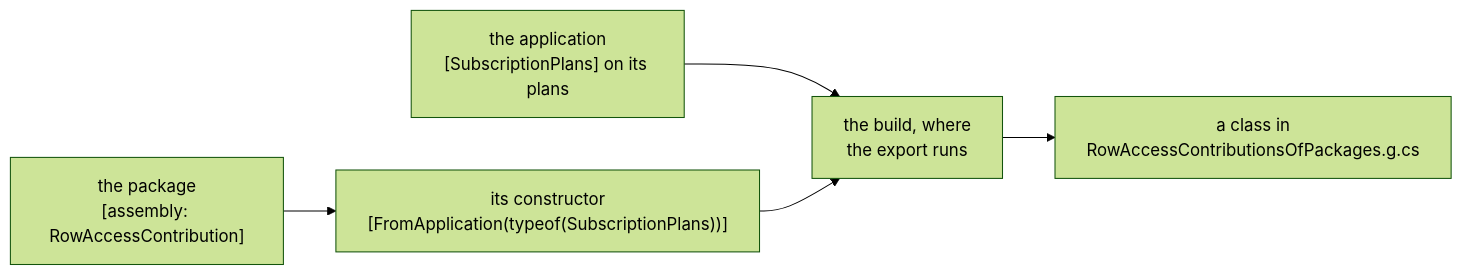
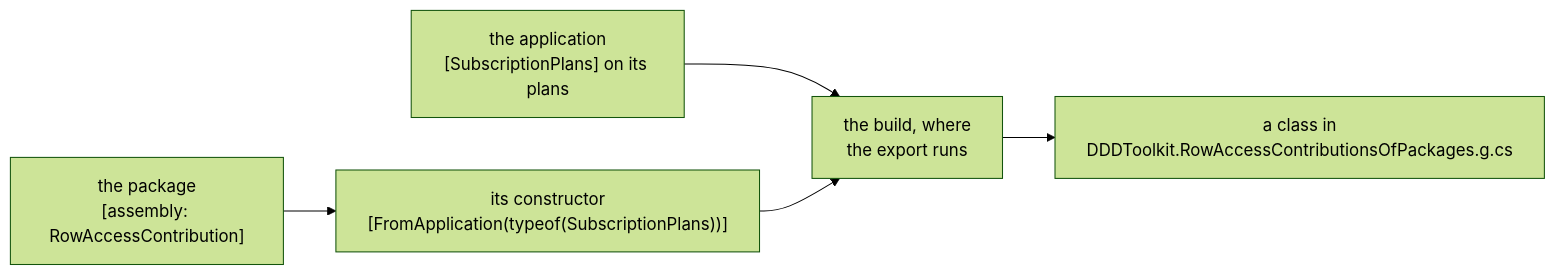
The second of 6 diagrams in docs/writing-a-supporting-domain.md (DylanSnel/DDDToolkit), drawn with Mermaid (forest theme) before and after one commit. The commit also changed 2 other files, not shown here.

Commit message:
Final: six wide Tenancy flowcharts and one of row level security run top to bottom
Diagrams new in this release that the site shrank into the 766px column below
the 10px floor b9914901 set for these pages: Tenancy's switch (7.4px), how a
new id is made (9.5px), your ids named once (6.5px), another seat's overview
(8.7px), containment (8.9px) and what the database guards on a seat (7.4px),
and row level security's "what a package's SQL is written from" (8.1px). Each
is now `flowchart TB`, which the site's Mermaid draws at 13 to 16px there.

The last one, and its twin in Writing a supporting domain, also named the
generated file without its prefix: it is
DDDToolkit.RowAccessContributionsOfPackages.g.cs, as the code under it says.

````diff
--- a/docs/writing-a-supporting-domain.md
+++ b/docs/writing-a-supporting-domain.md
@@ -290,7 +290,7 @@
 ```mermaid
 flowchart LR
     Package["the package<br/>[assembly: RowAccessContribution]"] --> Constructor["its constructor<br/>[FromApplication(typeof(SubscriptionPlans))]"]
     Application["the application<br/>[SubscriptionPlans] on its plans"] --> Build["the build, where<br/>the export runs"]
     Constructor --> Build
-    Build --> Class["a class in<br/>RowAccessContributionsOfPackages.g.cs"]
+    Build --> Class["a class in<br/>DDDToolkit.RowAccessContributionsOfPackages.g.cs"]
 ```
````
